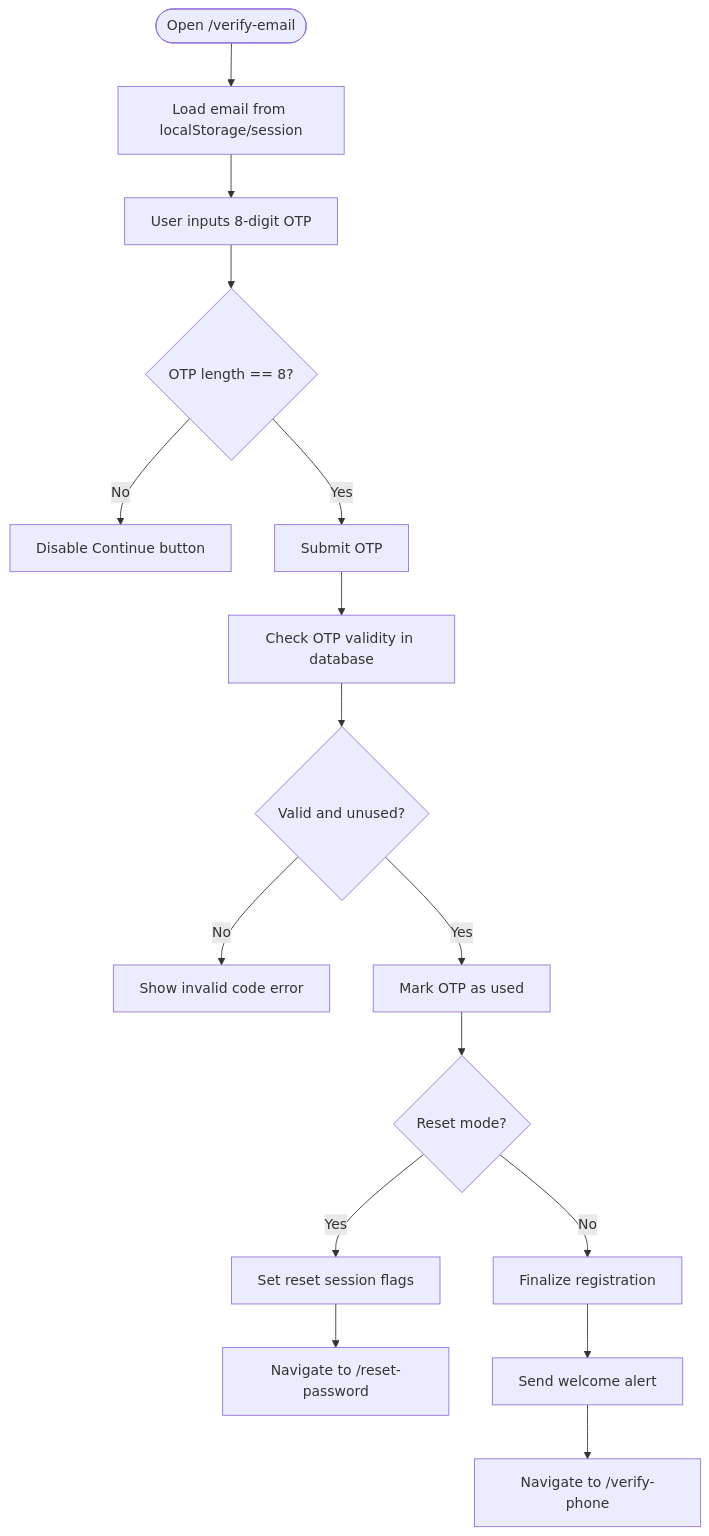
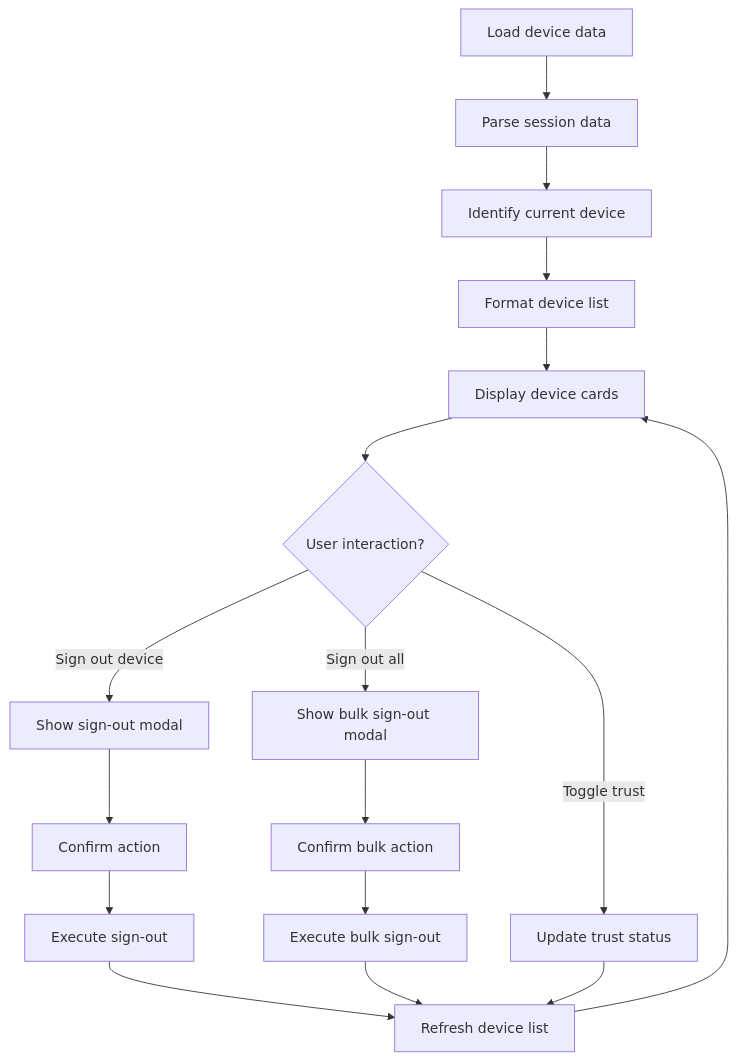
The sixth of 9 diagrams in .qoder/repowiki/en/content/Page Components/Authentication Pages.md (zpria/ACCOUND-ZPRIA), drawn with Mermaid before and after one commit. The commit also changed other lines of this file and 12 other files, not shown here.

````diff
--- a/.qoder/repowiki/en/content/Page Components/Authentication Pages.md
+++ b/.qoder/repowiki/en/content/Page Components/Authentication Pages.md
@@ -319,18 +302,19 @@
 ```mermaid
 flowchart TD
-Start(["Open /verify-email"]) --> LoadEmail["Load email from localStorage/session"]
-LoadEmail --> InputOTP["User inputs 8-digit OTP"]
-InputOTP --> ValidateLength{"OTP length == 8?"}
-ValidateLength --> |No| DisableButton["Disable Continue button"]
-ValidateLength --> |Yes| SubmitOTP["Submit OTP"]
-SubmitOTP --> CheckOTP["Check OTP validity in database"]
-CheckOTP --> Valid{"Valid and unused?"}
-Valid --> |No| ShowError["Show invalid code error"]
-Valid --> |Yes| MarkUsed["Mark OTP as used"]
-MarkUsed --> Mode{"Reset mode?"}
-Mode --> |Yes| SetSession["Set reset session flags"]
-SetSession --> NavigateReset["Navigate to /reset-password"]
-Mode --> |No| FinalizeReg["Finalize registration"]
-FinalizeReg --> SendWelcome["Send welcome alert"]
-SendWelcome --> NavigatePhone["Navigate to /verify-phone"]
+LoadData["Load device data"] --> ParseData["Parse session data"]
+ParseData --> IdentifyCurrent["Identify current device"]
+IdentifyCurrent --> FormatDevices["Format device list"]
+FormatDevices --> DisplayList["Display device cards"]
+DisplayList --> UserInteraction{"User interaction?"}
+UserInteraction --> |Sign out device| ShowModal["Show sign-out modal"]
+UserInteraction --> |Sign out all| ShowAllModal["Show bulk sign-out modal"]
+UserInteraction --> |Toggle trust| UpdateTrust["Update trust status"]
+ShowModal --> ConfirmAction["Confirm action"]
+ShowAllModal --> ConfirmAll["Confirm bulk action"]
+ConfirmAction --> ExecuteAction["Execute sign-out"]
+ConfirmAll --> ExecuteAll["Execute bulk sign-out"]
+ExecuteAction --> RefreshList["Refresh device list"]
+ExecuteAll --> RefreshList
+UpdateTrust --> RefreshList
+RefreshList --> DisplayList
 ```
````
